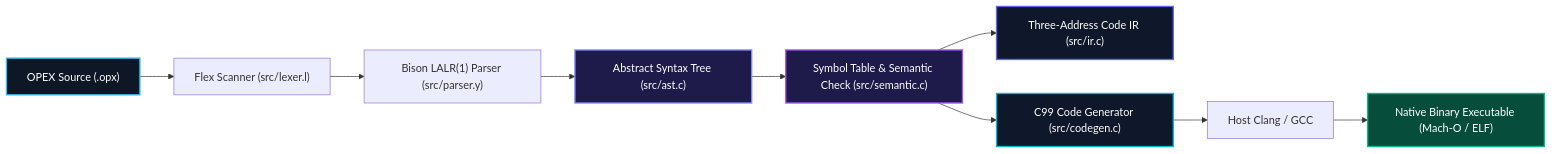
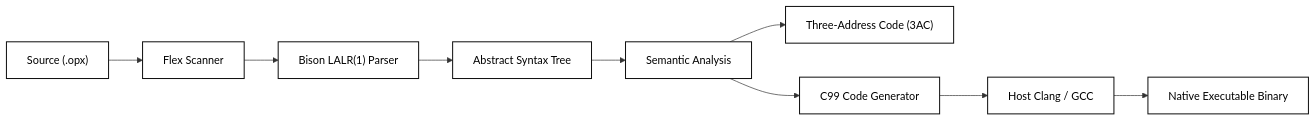
One commit to gaurav-budhwani/OPEX changed the diagram in docs/index.md. Above: the diagram before and after it, drawn with Mermaid. The commit also changed other lines of this file and 3 other files, not shown here.

````diff
--- a/docs/index.md
+++ b/docs/index.md
@@ -145,18 +133,13 @@
 ```mermaid
 flowchart LR
-    A["OPEX Source (.opx)"] --> B["Flex Scanner (src/lexer.l)"]
-    B --> C["Bison LALR(1) Parser (src/parser.y)"]
-    C --> D["Abstract Syntax Tree (src/ast.c)"]
-    D --> E["Symbol Table & Semantic Check (src/semantic.c)"]
-    E --> F["Three-Address Code IR (src/ir.c)"]
-    E --> G["C99 Code Generator (src/codegen.c)"]
+    A["Source (.opx)"] --> B["Flex Scanner"]
+    B --> C["Bison LALR(1) Parser"]
+    C --> D["Abstract Syntax Tree"]
+    D --> E["Semantic Analysis"]
+    E --> F["Three-Address Code (3AC)"]
+    E --> G["C99 Code Generator"]
     G --> H["Host Clang / GCC"]
-    H --> I["Native Binary Executable (Mach-O / ELF)"]
+    H --> I["Native Executable Binary"]
 
-    style A fill:#0e1726,stroke:#38bdf8,stroke-width:2px,color:#fff
-    style D fill:#1e1b4b,stroke:#818cf8,stroke-width:2px,color:#fff
-    style E fill:#1e1b4b,stroke:#a855f7,stroke-width:2px,color:#fff
-    style F fill:#0f172a,stroke:#6366f1,stroke-width:2px,color:#fff
-    style G fill:#0f172a,stroke:#06b6d4,stroke-width:2px,color:#fff
-    style I fill:#064e3b,stroke:#10b981,stroke-width:2px,color:#fff
+    classDef default fill:#ffffff,stroke:#111111,stroke-width:1.5px,color:#000000;
 ```
````
